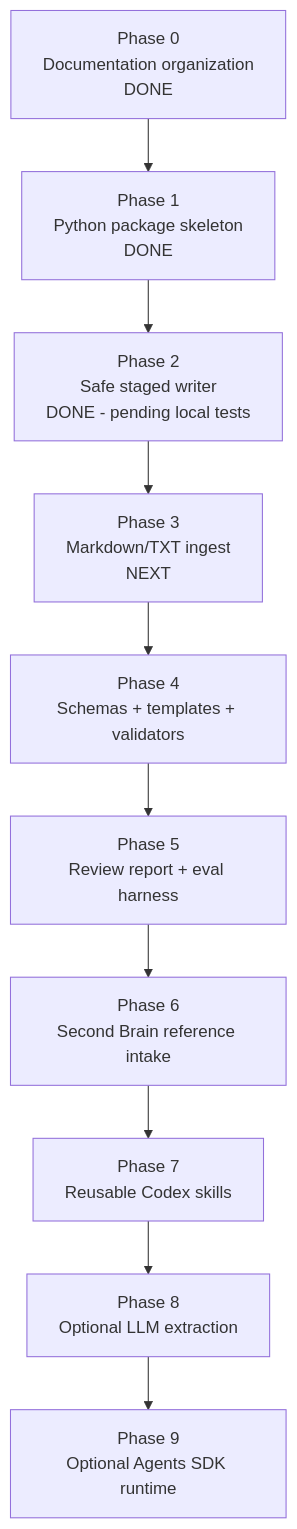
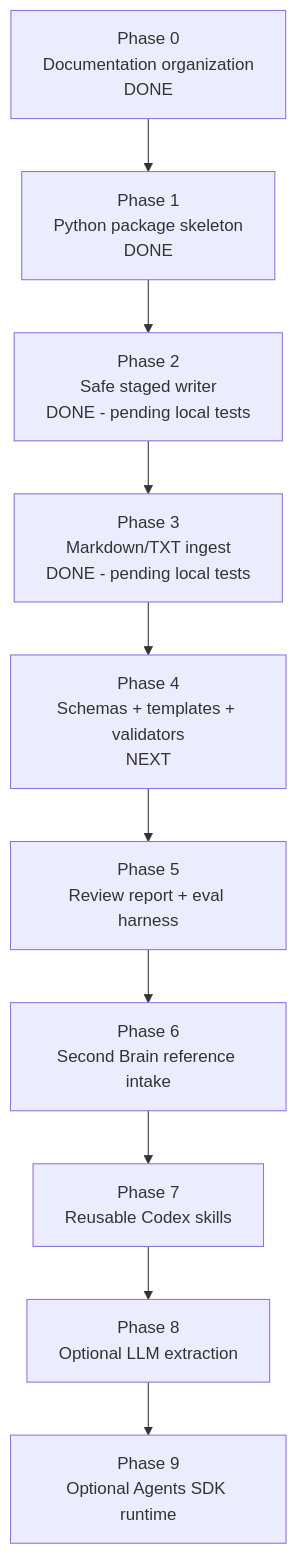
The diagram in docs/10_implementation_plan.md (Denys/obsidian-librarian-to-add), drawn with Mermaid before and after one commit. The commit also changed other lines of this file, not shown here.

Commit message:
docs: update implementation plan through phase 3

````diff
--- a/docs/10_implementation_plan.md
+++ b/docs/10_implementation_plan.md
@@ -5,15 +5,15 @@
 ```mermaid
 flowchart TD
     P0[Phase 0<br/>Documentation organization<br/>DONE]
     P1[Phase 1<br/>Python package skeleton<br/>DONE]
     P2[Phase 2<br/>Safe staged writer<br/>DONE - pending local tests]
-    P3[Phase 3<br/>Markdown/TXT ingest<br/>NEXT]
-    P4[Phase 4<br/>Schemas + templates + validators]
+    P3[Phase 3<br/>Markdown/TXT ingest<br/>DONE - pending local tests]
+    P4[Phase 4<br/>Schemas + templates + validators<br/>NEXT]
     P5[Phase 5<br/>Review report + eval harness]
     P6[Phase 6<br/>Second Brain reference intake]
     P7[Phase 7<br/>Reusable Codex skills]
     P8[Phase 8<br/>Optional LLM extraction]
     P9[Phase 9<br/>Optional Agents SDK runtime]
 
     P0 --> P1 --> P2 --> P3 --> P4 --> P5 --> P6 --> P7 --> P8 --> P9
 ```
````
